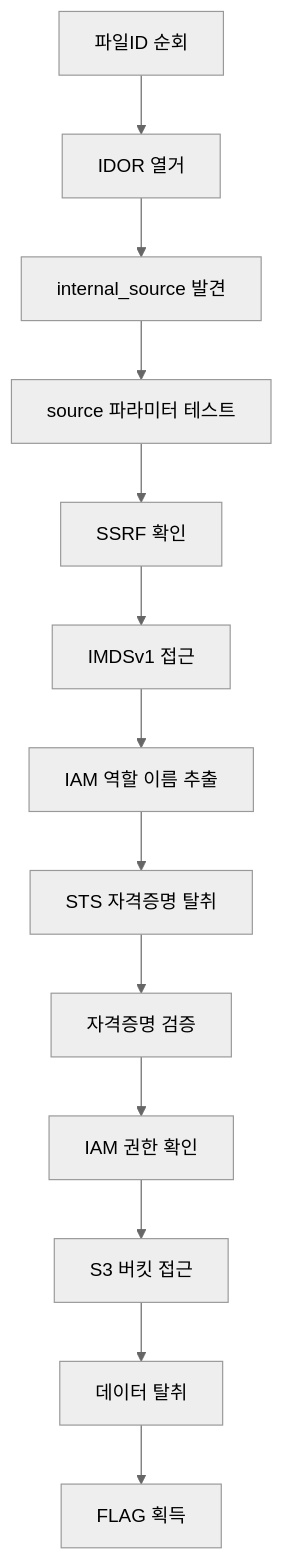
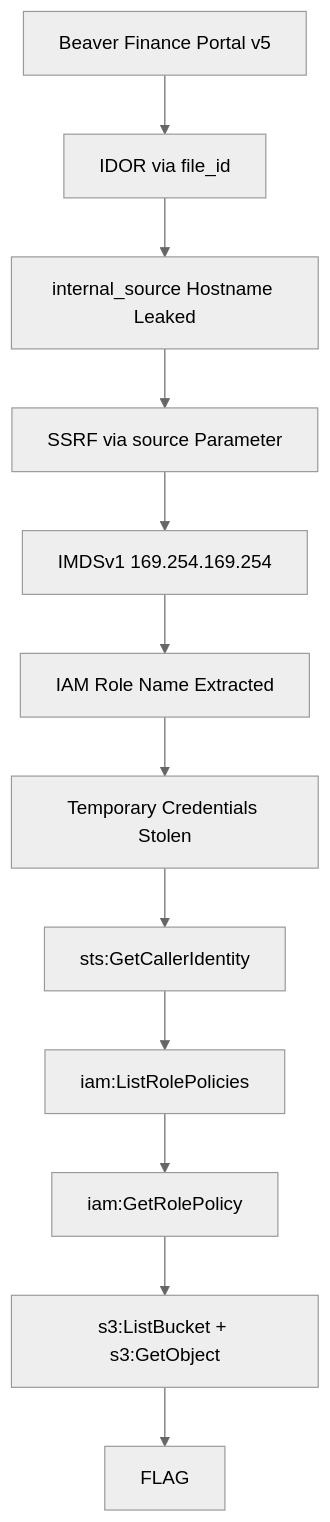
The diagram in scenarios/aws/02-shadow-api/legacy-bridge/README_ko.md (Beaver-Dam-Community/GnawLab), drawn with Mermaid (neutral theme) before and after one commit. The commit also changed other lines of this file and 7 other files, not shown here.

````diff
--- a/scenarios/aws/02-shadow-api/legacy-bridge/README_ko.md
+++ b/scenarios/aws/02-shadow-api/legacy-bridge/README_ko.md
@@ -57,15 +57,14 @@
 ```mermaid
 flowchart TB
-    A[파일ID 순회] --> B[IDOR 열거]
-    B --> C[internal_source 발견]
-    C --> D[source 파라미터 테스트]
-    D --> E[SSRF 확인]
-    E --> F[IMDSv1 접근]
-    F --> G[IAM 역할 이름 추출]
-    G --> H[STS 자격증명 탈취]
-    H --> I[자격증명 검증]
-    I --> J[IAM 권한 확인]
-    J --> K[S3 버킷 접근]
-    K --> L[데이터 탈취]
-    L --> M[FLAG 획득]
+    A[Beaver Finance Portal v5] --> B[IDOR via file_id]
+    B --> C[internal_source Hostname Leaked]
+    C --> D[SSRF via source Parameter]
+    D --> E[IMDSv1 169.254.169.254]
+    E --> F[IAM Role Name Extracted]
+    F --> G[Temporary Credentials Stolen]
+    G --> H[sts:GetCallerIdentity]
+    H --> I[iam:ListRolePolicies]
+    I --> J[iam:GetRolePolicy]
+    J --> K[s3:ListBucket + s3:GetObject]
+    K --> L[FLAG]
 ```
````
